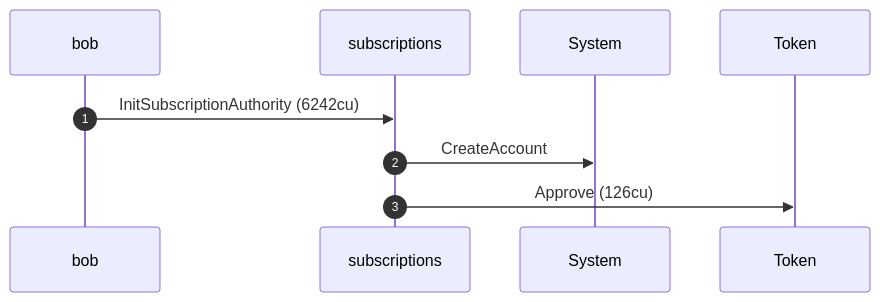
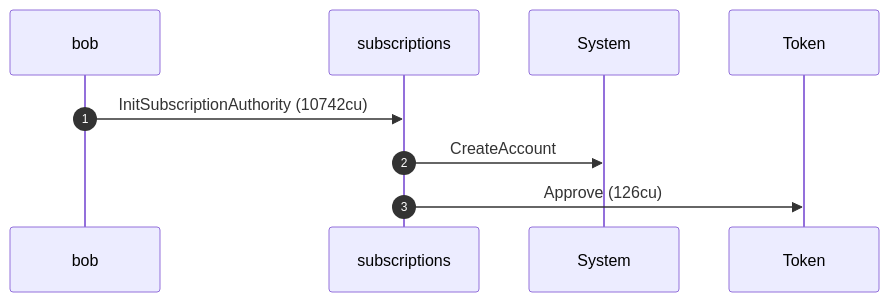
One commit to cds-rs/subscriptions changed the ninth of 16 diagrams in dsl_tests/subscribe-by-a-second-user.md. Above: the diagram before and after it, drawn with Mermaid. The commit also changed other lines of this file and 224 other files, not shown here.

````diff
--- a/dsl_tests/subscribe-by-a-second-user.md
+++ b/dsl_tests/subscribe-by-a-second-user.md
@@ -176,11 +185,11 @@
 ```mermaid
 sequenceDiagram
     autonumber
     participant bob
     participant subscriptions
     participant System
     participant Token
-    bob ->> subscriptions: InitSubscriptionAuthority (6242cu)
+    bob ->> subscriptions: InitSubscriptionAuthority (10742cu)
     subscriptions ->> System: CreateAccount
     subscriptions ->> Token: Approve (126cu)
 ```
````
